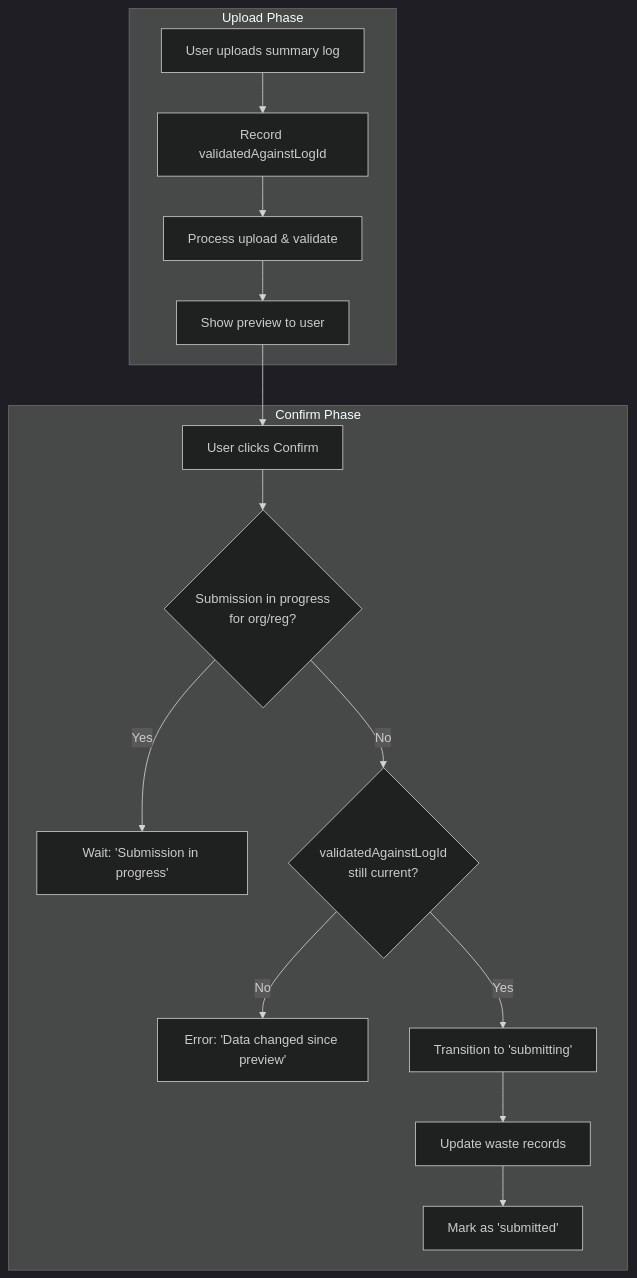
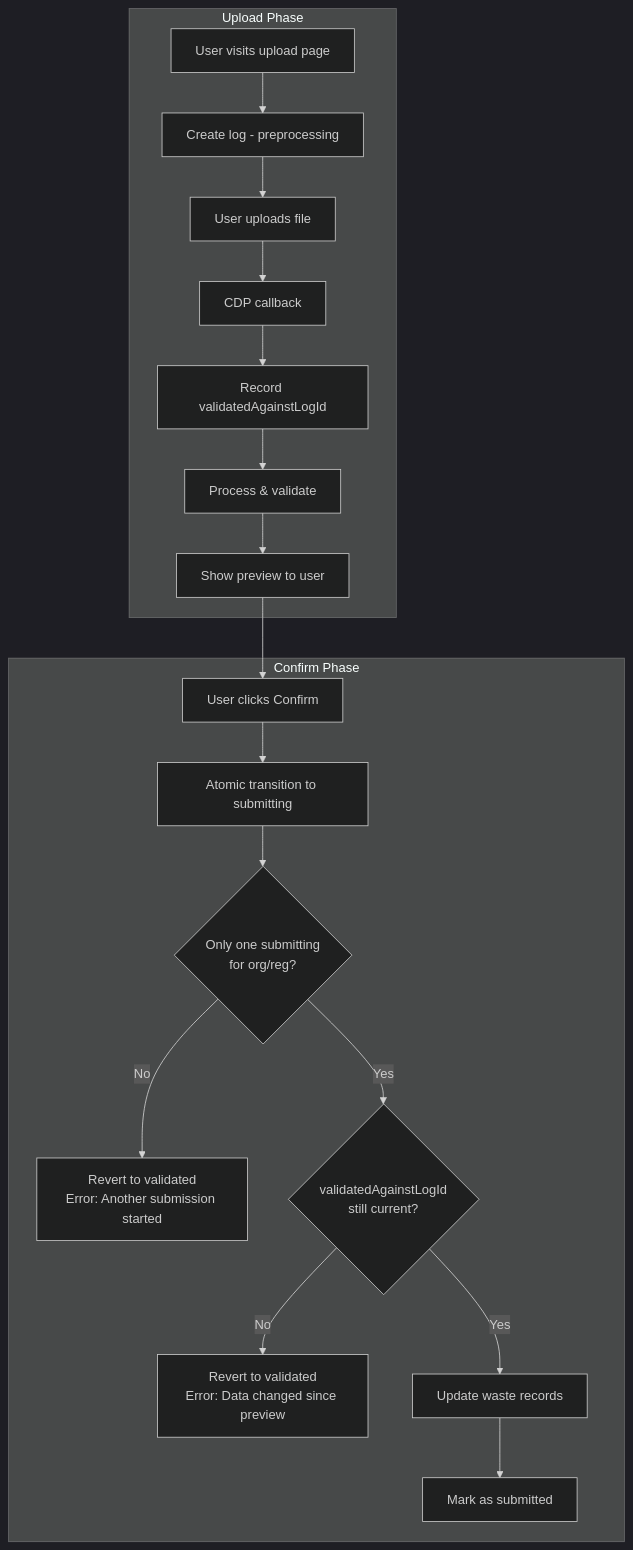
One commit to DEFRA/epr-re-ex-service changed diagram 14 of 16 in docs/architecture/discovery/summary-log-preview-integrity.md. Above: the diagram before and after it, drawn with Mermaid (dark theme). The commit also changed other lines of this file, not shown here.

````diff
--- a/docs/architecture/discovery/summary-log-preview-integrity.md
+++ b/docs/architecture/discovery/summary-log-preview-integrity.md
@@ -794,19 +987,22 @@
 ```mermaid
 flowchart TD
     subgraph "Upload Phase"
-        A[User uploads summary log] --> B[Record validatedAgainstLogId]
-        B --> C[Process upload & validate]
-        C --> D[Show preview to user]
+        A[User visits upload page] --> B[Create log - preprocessing]
+        B --> C[User uploads file]
+        C --> D[CDP callback]
+        D --> E[Record validatedAgainstLogId]
+        E --> F[Process & validate]
+        F --> G[Show preview to user]
     end
 
     subgraph "Confirm Phase"
-        D --> E[User clicks Confirm]
-        E --> F{Submission in progress<br/>for org/reg?}
-        F -->|Yes| G[Wait: 'Submission in progress']
-        F -->|No| H{validatedAgainstLogId<br/>still current?}
-        H -->|No| I[Error: 'Data changed since preview']
-        H -->|Yes| J[Transition to 'submitting']
-        J --> K[Update waste records]
-        K --> L[Mark as 'submitted']
+        G --> H[User clicks Confirm]
+        H --> I[Atomic transition to submitting]
+        I --> J{Only one submitting<br/>for org/reg?}
+        J -->|No| K[Revert to validated<br/>Error: Another submission started]
+        J -->|Yes| L{validatedAgainstLogId<br/>still current?}
+        L -->|No| M[Revert to validated<br/>Error: Data changed since preview]
+        L -->|Yes| N[Update waste records]
+        N --> O[Mark as submitted]
     end
 ```
````
